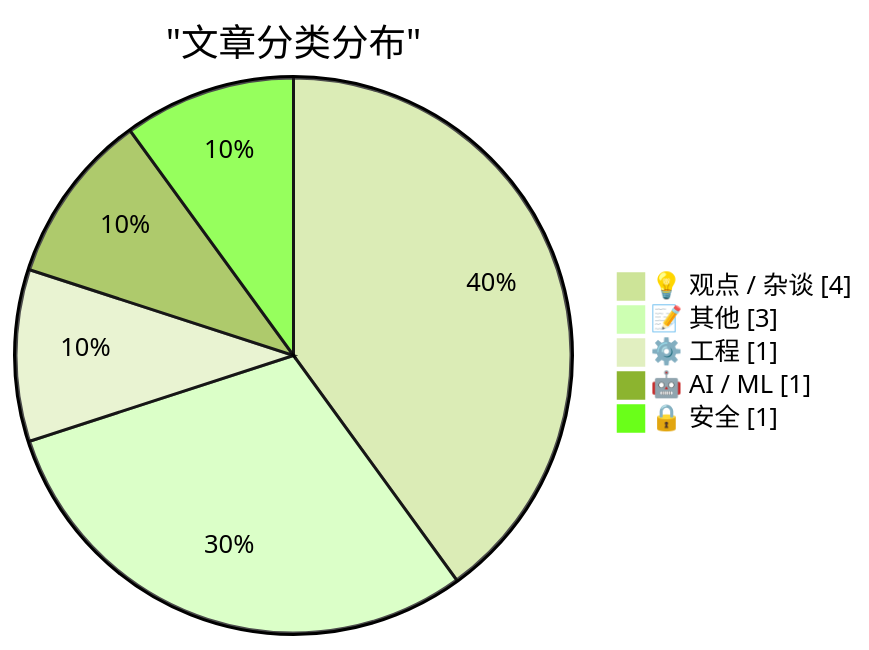
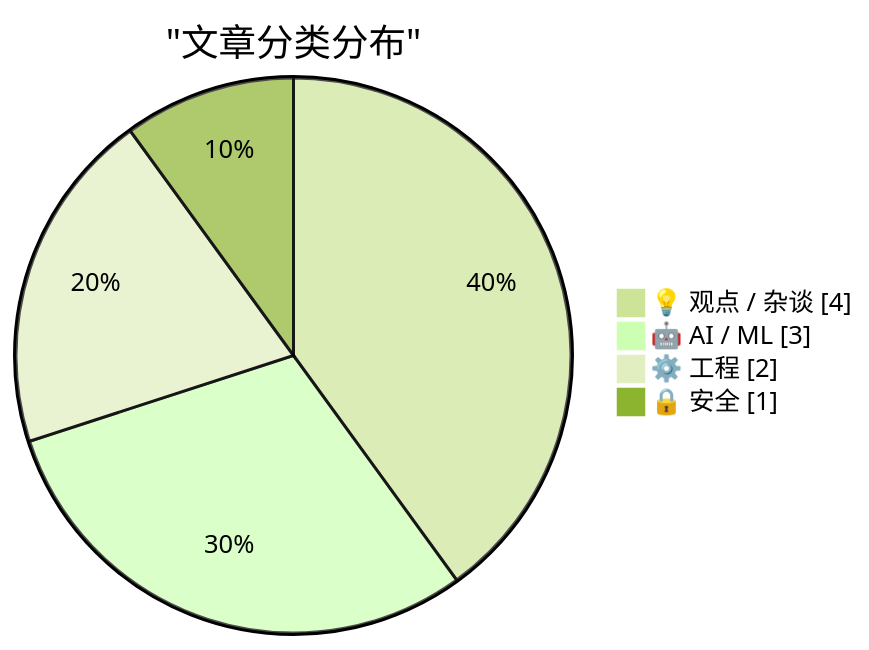
Before and after one commit to originem0/SZBlog: the first of 2 diagrams in content/ai-daily/2026-03-15.md, drawn with Mermaid (forest theme). The commit also changed other lines of this file, not shown here.

````diff
--- a/content/ai-daily/2026-03-15.md
+++ b/content/ai-daily/2026-03-15.md
@@ -54,9 +54,8 @@
 ```mermaid
 pie showData
     title "文章分类分布"
     "💡 观点 / 杂谈" : 4
-    "📝 其他" : 3
-    "⚙️ 工程" : 1
-    "🤖 AI / ML" : 1
+    "🤖 AI / ML" : 3
+    "⚙️ 工程" : 2
     "🔒 安全" : 1
 ```
````
